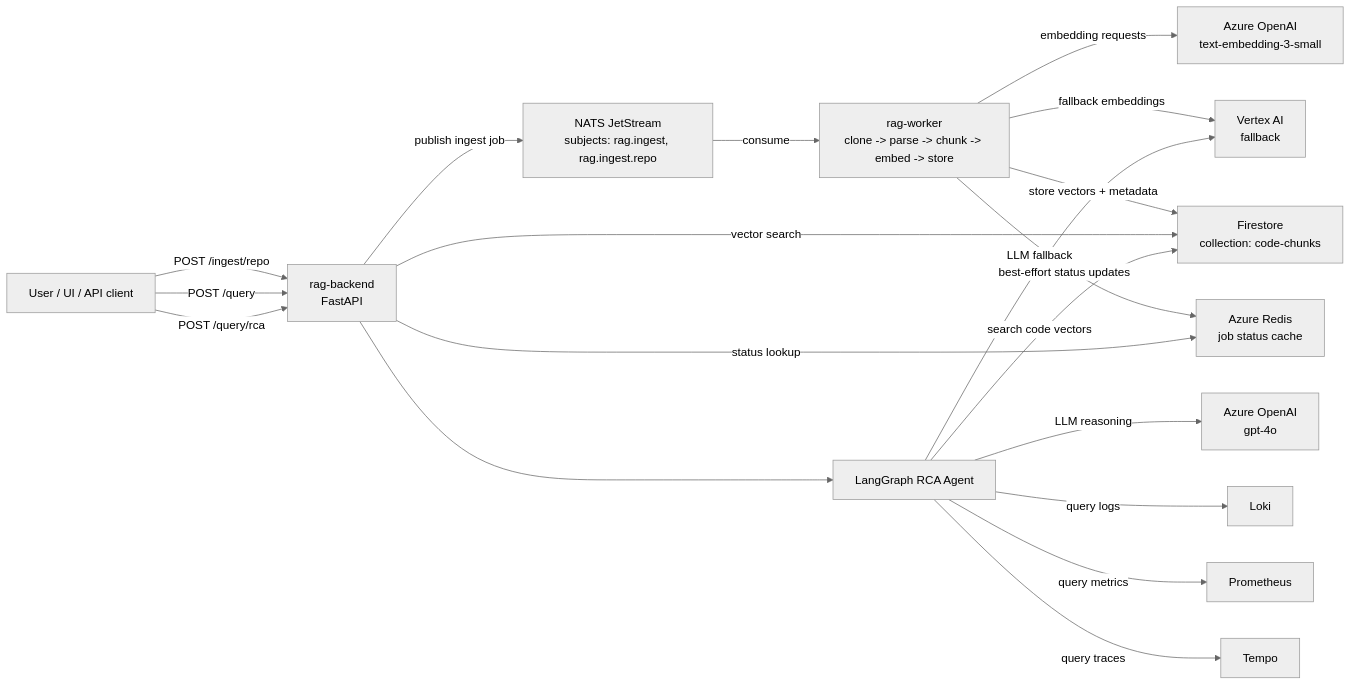
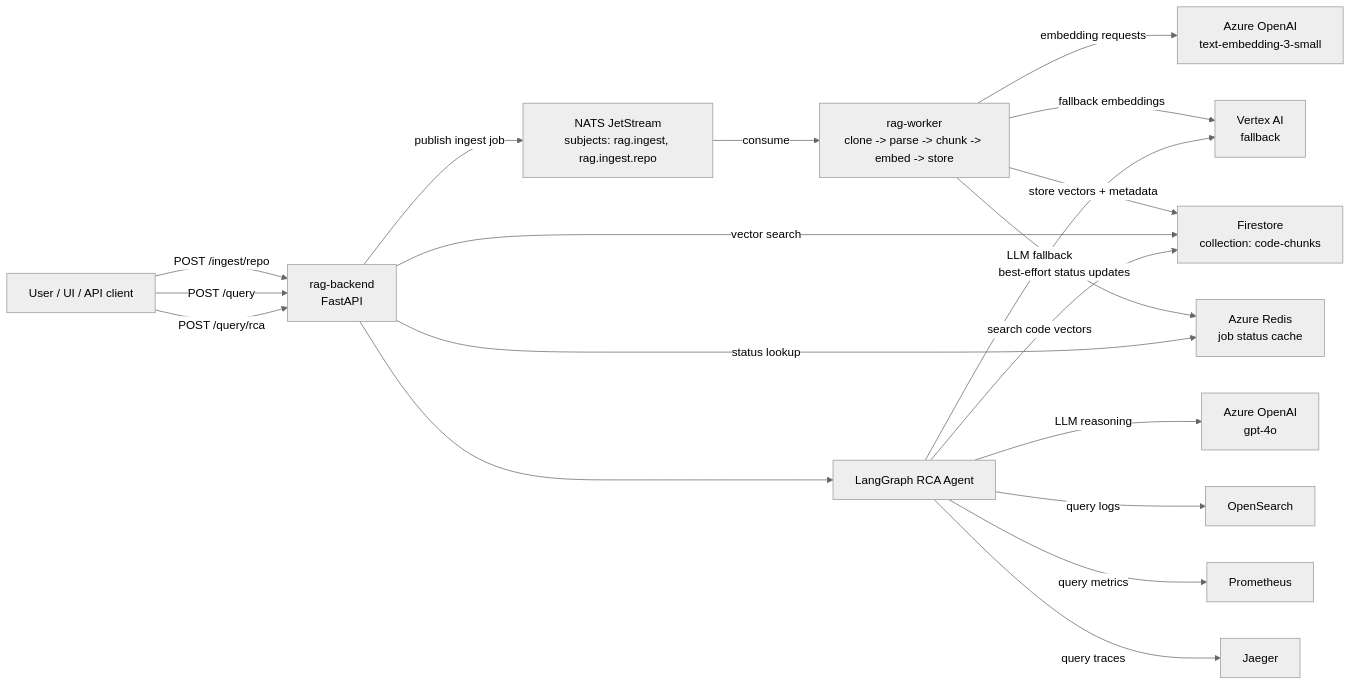
One commit to kheuchi/agentic-rca-platform-app changed the first of 3 diagrams in docs/ARCHITECTURE.md. Above: the diagram before and after it, drawn with Mermaid (neutral theme). The commit also changed other lines of this file and 21 other files, not shown here.

````diff
--- a/docs/ARCHITECTURE.md
+++ b/docs/ARCHITECTURE.md
@@ -13,39 +13,39 @@
 ```mermaid
 flowchart LR
     user[User / UI / API client]
     backend[rag-backend\nFastAPI]
     nats[NATS JetStream\nsubjects: rag.ingest, rag.ingest.repo]
     worker[rag-worker\nclone -> parse -> chunk -> embed -> store]
     aoai_embed[Azure OpenAI\ntext-embedding-3-small]
     aoai_llm[Azure OpenAI\ngpt-4o]
     vertex[Vertex AI\nfallback]
     firestore[Firestore\ncollection: code-chunks]
     redis[Azure Redis\njob status cache]
-    loki[Loki]
+    opensearch[OpenSearch]
     prom[Prometheus]
-    tempo[Tempo]
+    jaeger[Jaeger]
     agent[LangGraph RCA Agent]
 
     user -->|POST /ingest/repo| backend
     user -->|POST /query| backend
     user -->|POST /query/rca| backend
 
     backend -->|publish ingest job| nats
     nats -->|consume| worker
 
     worker -->|embedding requests| aoai_embed
     worker -->|fallback embeddings| vertex
     worker -->|store vectors + metadata| firestore
     worker -->|best-effort status updates| redis
 
     backend -->|status lookup| redis
     backend -->|vector search| firestore
 
     backend --> agent
     agent -->|LLM reasoning| aoai_llm
     agent -->|LLM fallback| vertex
     agent -->|search code vectors| firestore
-    agent -->|query logs| loki
+    agent -->|query logs| opensearch
     agent -->|query metrics| prom
-    agent -->|query traces| tempo
+    agent -->|query traces| jaeger
 ```
````
